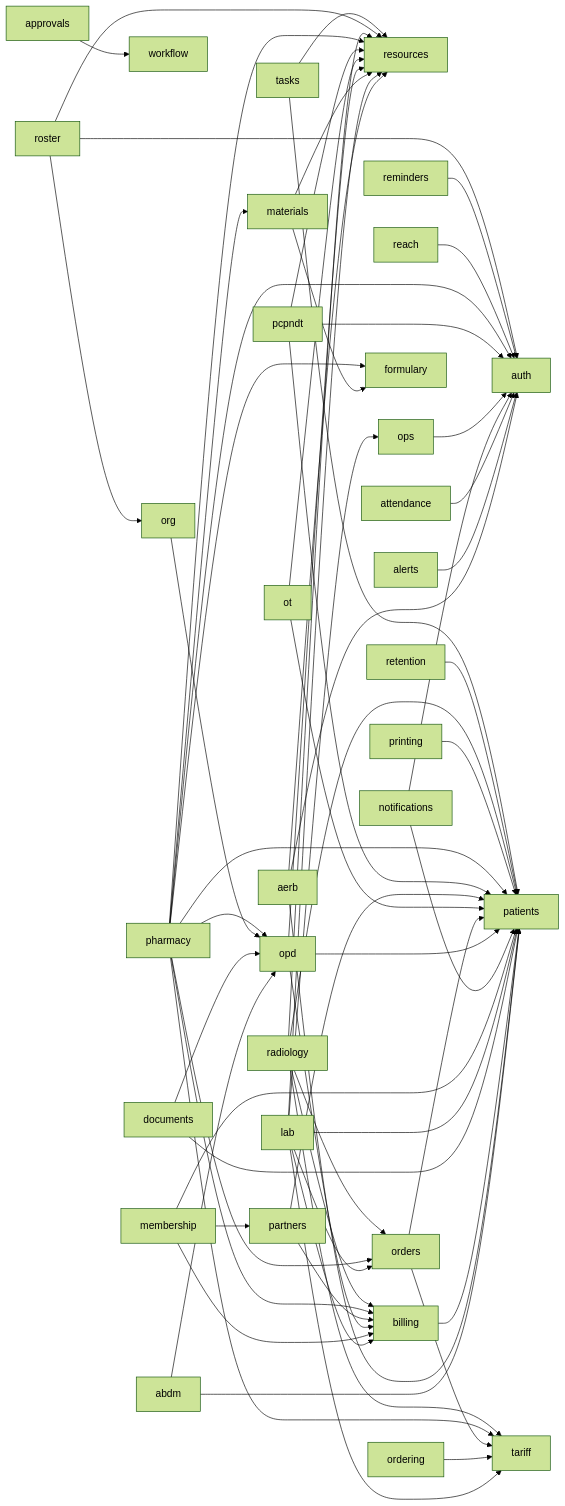
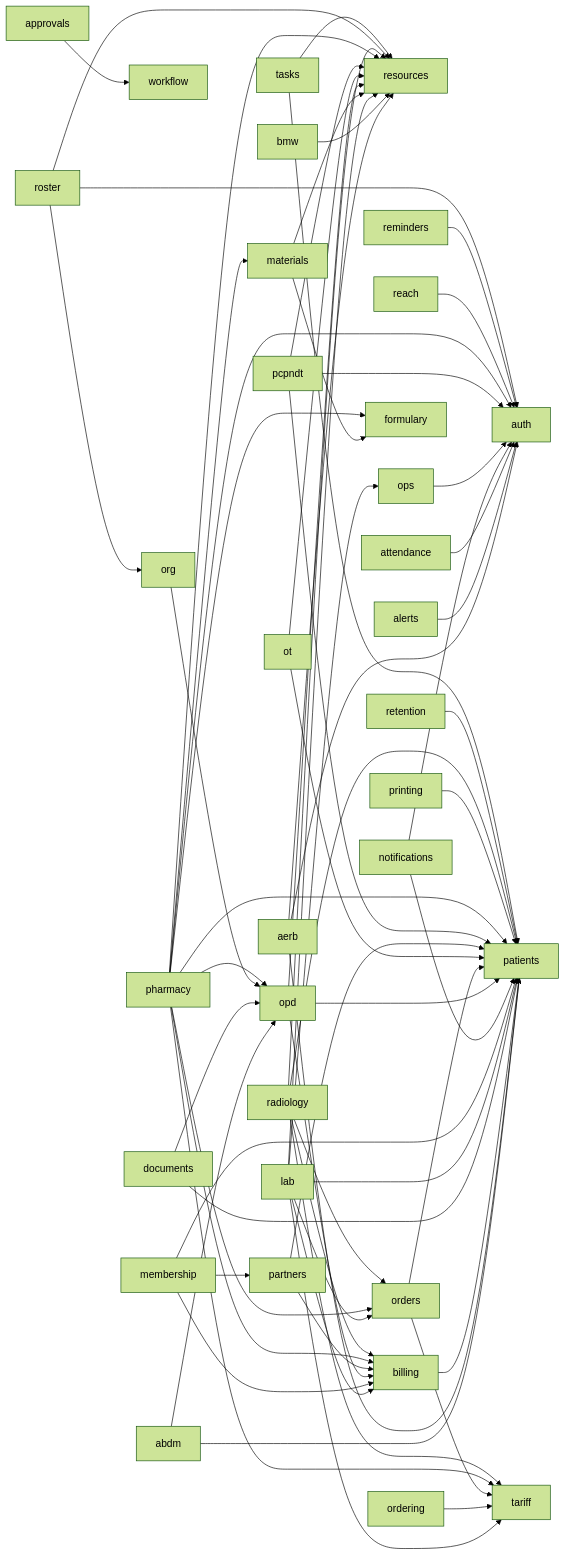
The diagram in docs/architecture/schema.md (ankits3a/hims-hmis), drawn with Mermaid (forest theme) before and after one commit. The commit also changed other lines of this file and 17 other files, not shown here.

First line of the commit message:
feat(bmw): migration, collection-task closure, module notes and regenerated architecture map (E1.7)

````diff
--- a/docs/architecture/schema.md
+++ b/docs/architecture/schema.md
@@ -13,65 +13,66 @@
 ```mermaid
 flowchart LR
   abdm[abdm] --> opd[opd]
   abdm[abdm] --> patients[patients]
   aerb[aerb] --> auth[auth]
   aerb[aerb] --> patients[patients]
   aerb[aerb] --> resources[resources]
   alerts[alerts] --> auth[auth]
   approvals[approvals] --> workflow[workflow]
   attendance[attendance] --> auth[auth]
   billing[billing] --> patients[patients]
+  bmw[bmw] --> resources[resources]
   documents[documents] --> opd[opd]
   documents[documents] --> patients[patients]
   lab[lab] --> billing[billing]
   lab[lab] --> ops[ops]
   lab[lab] --> orders[orders]
   lab[lab] --> patients[patients]
   lab[lab] --> resources[resources]
   lab[lab] --> tariff[tariff]
   materials[materials] --> formulary[formulary]
   materials[materials] --> resources[resources]
   membership[membership] --> billing[billing]
   membership[membership] --> partners[partners]
   membership[membership] --> patients[patients]
   notifications[notifications] --> auth[auth]
   notifications[notifications] --> patients[patients]
   opd[opd] --> billing[billing]
   opd[opd] --> patients[patients]
   opd[opd] --> resources[resources]
   ops[ops] --> auth[auth]
   ordering[ordering] --> tariff[tariff]
   orders[orders] --> patients[patients]
   orders[orders] --> tariff[tariff]
   org[org] --> opd[opd]
   ot[ot] --> patients[patients]
   ot[ot] --> resources[resources]
   partners[partners] --> billing[billing]
   partners[partners] --> patients[patients]
   pcpndt[pcpndt] --> auth[auth]
   pcpndt[pcpndt] --> patients[patients]
   pcpndt[pcpndt] --> resources[resources]
   pharmacy[pharmacy] --> auth[auth]
   pharmacy[pharmacy] --> billing[billing]
   pharmacy[pharmacy] --> formulary[formulary]
   pharmacy[pharmacy] --> materials[materials]
   pharmacy[pharmacy] --> opd[opd]
   pharmacy[pharmacy] --> orders[orders]
   pharmacy[pharmacy] --> patients[patients]
   pharmacy[pharmacy] --> resources[resources]
   pharmacy[pharmacy] --> tariff[tariff]
   printing[printing] --> patients[patients]
   radiology[radiology] --> billing[billing]
   radiology[radiology] --> orders[orders]
   radiology[radiology] --> patients[patients]
   radiology[radiology] --> resources[resources]
   radiology[radiology] --> tariff[tariff]
   reach[reach] --> auth[auth]
   reminders[reminders] --> auth[auth]
   retention[retention] --> patients[patients]
   roster[roster] --> auth[auth]
   roster[roster] --> org[org]
   roster[roster] --> resources[resources]
   tasks[tasks] --> patients[patients]
   tasks[tasks] --> resources[resources]
 ```
````
